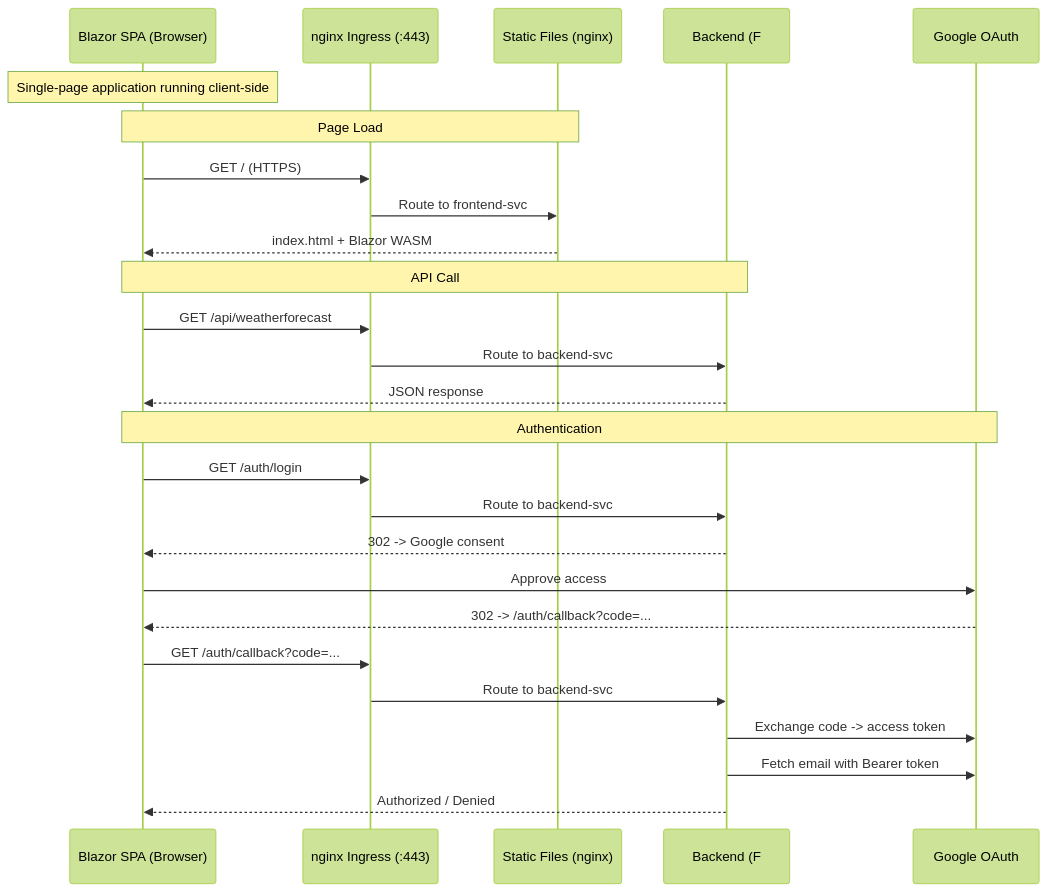
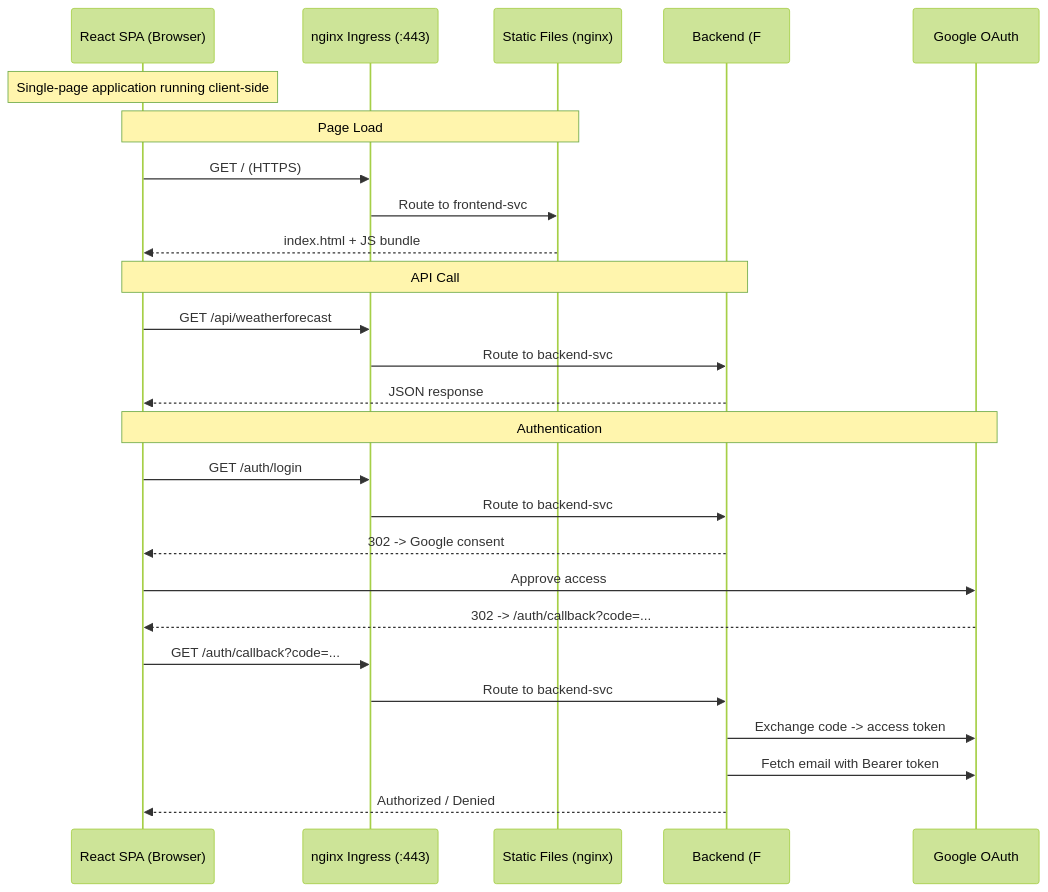
One commit to jagasafari/longevity changed the third of 3 diagrams in docs/01-overview.md. Above: the diagram before and after it, drawn with Mermaid (forest theme). The commit also changed other lines of this file and 10 other files, not shown here.

First line of the commit message:
docs: update frontend references from Blazor WASM to React + TypeScript

````diff
--- a/docs/01-overview.md
+++ b/docs/01-overview.md
@@ -177,34 +177,34 @@
 ```mermaid
 sequenceDiagram
-    participant SPA as Blazor SPA (Browser)
+    participant SPA as React SPA (Browser)
     participant ING as nginx Ingress (:443)
     participant Files as Static Files (nginx)
     participant BE as Backend (F# API)
     participant Google as Google OAuth
 
     Note over SPA: Single-page application running client-side
 
     Note over SPA,Files: Page Load
 
     SPA->>ING: GET / (HTTPS)
     ING->>Files: Route to frontend-svc
-    Files-->>SPA: index.html + Blazor WASM
+    Files-->>SPA: index.html + JS bundle
 
     Note over SPA,BE: API Call
 
     SPA->>ING: GET /api/weatherforecast
     ING->>BE: Route to backend-svc
     BE-->>SPA: JSON response
 
     Note over SPA,Google: Authentication
     SPA->>ING: GET /auth/login
     ING->>BE: Route to backend-svc
     BE-->>SPA: 302 -> Google consent
     SPA->>Google: Approve access
     Google-->>SPA: 302 -> /auth/callback?code=...
     SPA->>ING: GET /auth/callback?code=...
     ING->>BE: Route to backend-svc
     BE->>Google: Exchange code -> access token
     BE->>Google: Fetch email with Bearer token
     BE-->>SPA: Authorized / Denied
 ```
````
